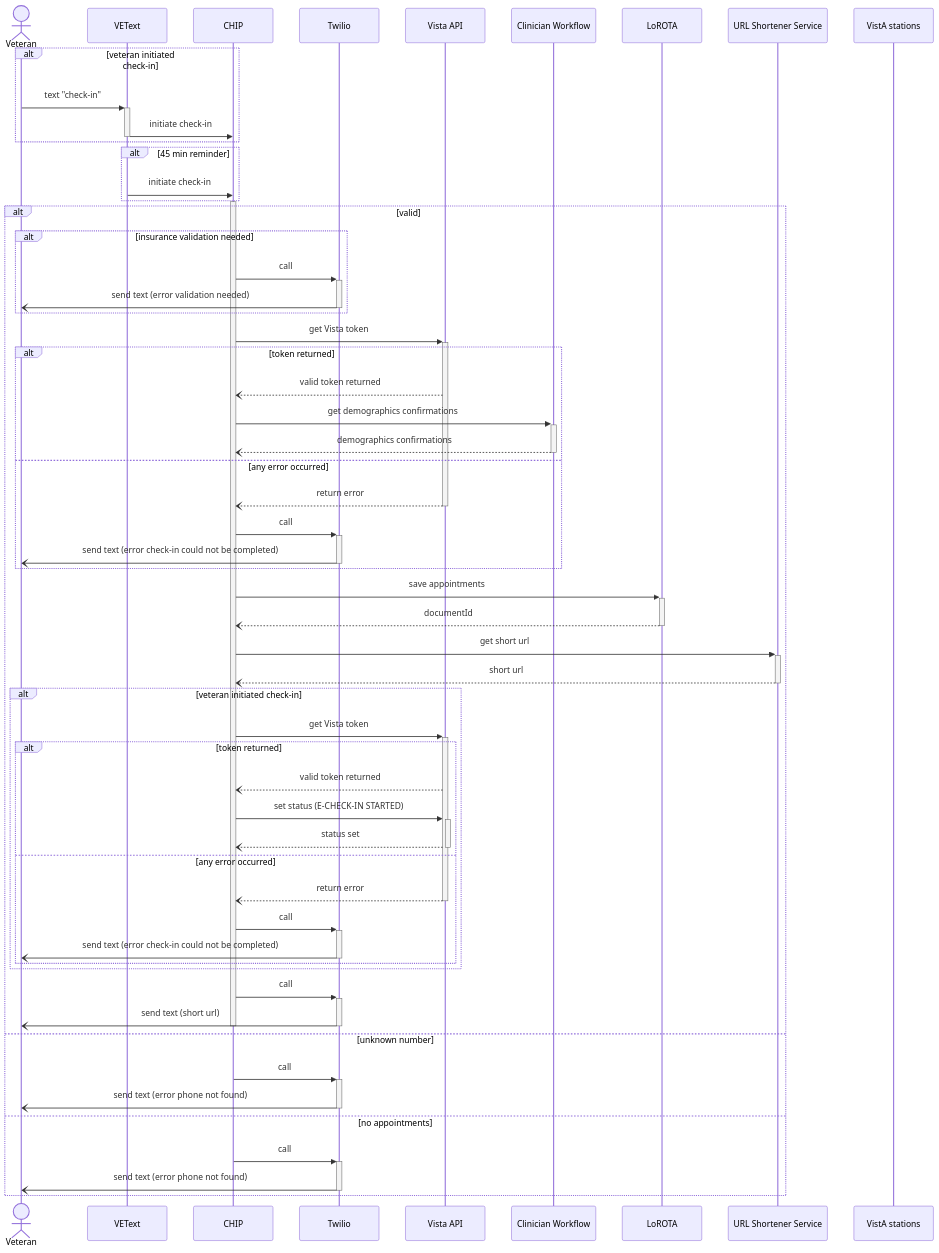
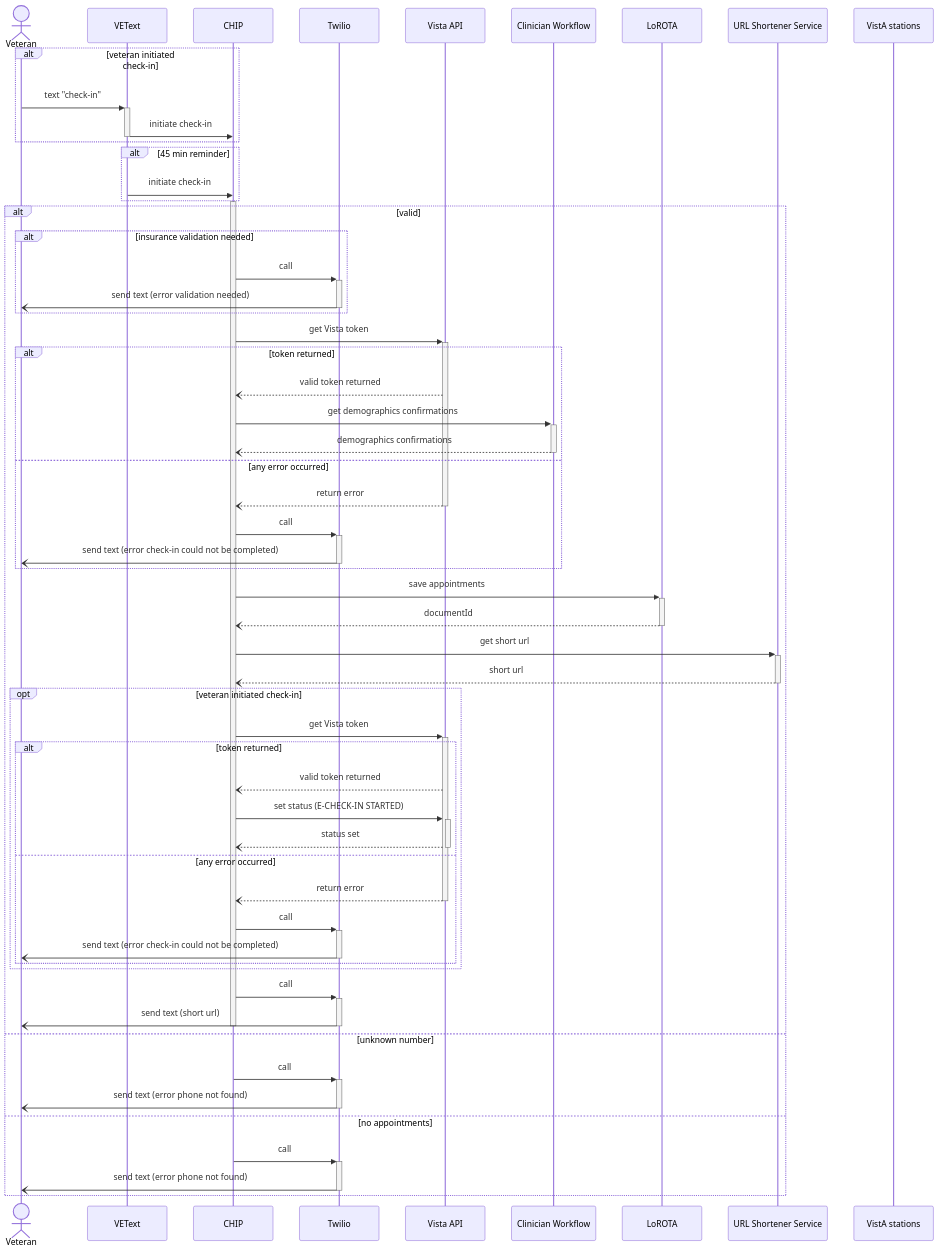
Before and after one commit to department-of-veterans-affairs/va.gov-team: the first of 4 diagrams in products/health-care/checkin/engineering/architecture-diagrams/sequenceDiagram_checkInExp.md, drawn with Mermaid.

````diff
--- a/products/health-care/checkin/engineering/architecture-diagrams/sequenceDiagram_checkInExp.md
+++ b/products/health-care/checkin/engineering/architecture-diagrams/sequenceDiagram_checkInExp.md
@@ -10,62 +10,62 @@
 ```mermaid
 sequenceDiagram
     actor vet as Veteran
     participant vt as VEText
     participant c as CHIP
     participant t as Twilio
     participant va as Vista API
     participant cw as Clinician Workflow
     participant l as LoROTA
     participant url as URL Shortener Service
     participant vas as VistA stations
 
     alt veteran initiated check-in
     vet->>+vt: text "check-in"
     vt->>-c: initiate check-in
     end
     alt 45 min reminder
     vt->>c: initiate check-in
     end
     activate c
     alt valid
       alt insurance validation needed
         c->>+t: call
         t-)-vet: send text (error validation needed)
       end
       c->>+va: get Vista token
       alt token returned
         va--)c: valid token returned
         c->>+cw: get demographics confirmations
         cw--)-c: demographics confirmations
       else any error occurred
         va--)-c: return error
         c->>+t: call
         t-)-vet: send text (error check-in could not be completed)
       end
       c->>+l: save appointments
       l--)-c: documentId
       c->>+url: get short url
       url--)-c: short url
-      alt veteran initiated check-in
+      opt veteran initiated check-in
         c->>+va: get Vista token
         alt token returned
           va--)c: valid token returned
           c->>+va: set status (E-CHECK-IN STARTED)
           va--)-c: status set
         else any error occurred
           va--)-c: return error
           c->>+t: call
           t-)-vet: send text (error check-in could not be completed)
         end
       end
       c->>+t: call
       t-)-vet: send text (short url)
       deactivate c
     else unknown number
       c->>+t: call
       t-)-vet: send text (error phone not found)
     else no appointments
       c->>+t: call
       t-)-vet: send text (error phone not found)
     end
 ```
````
